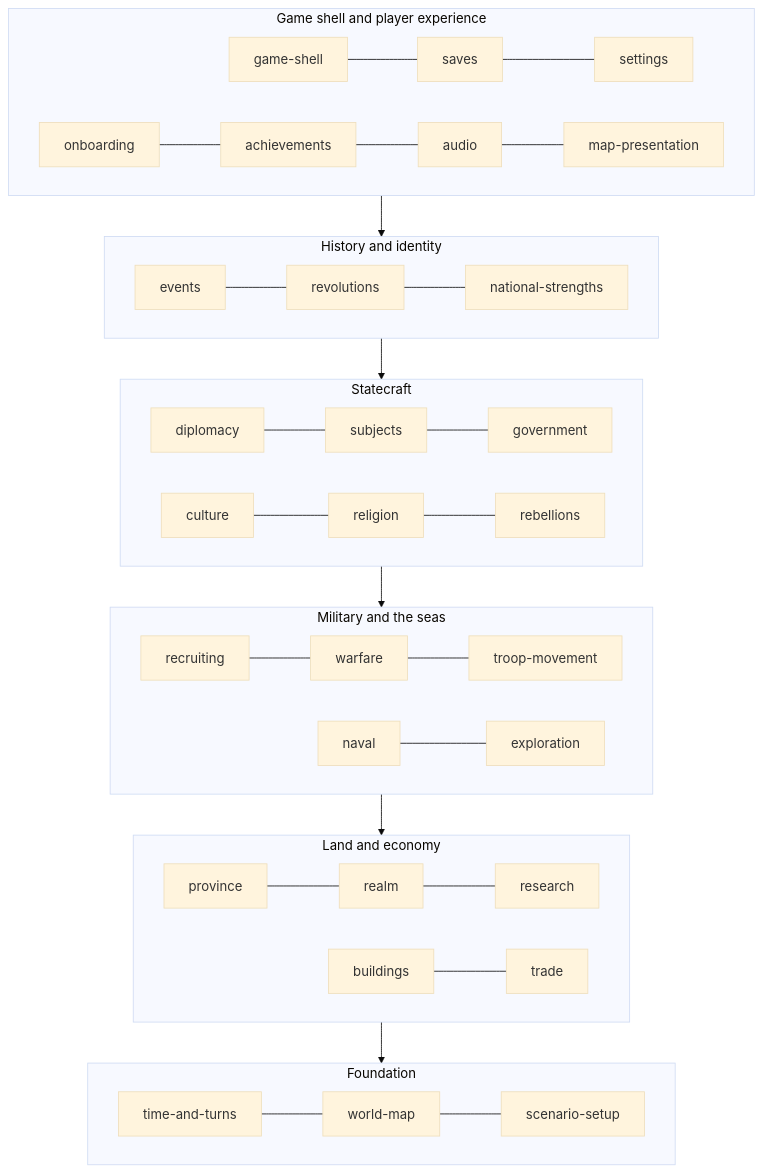
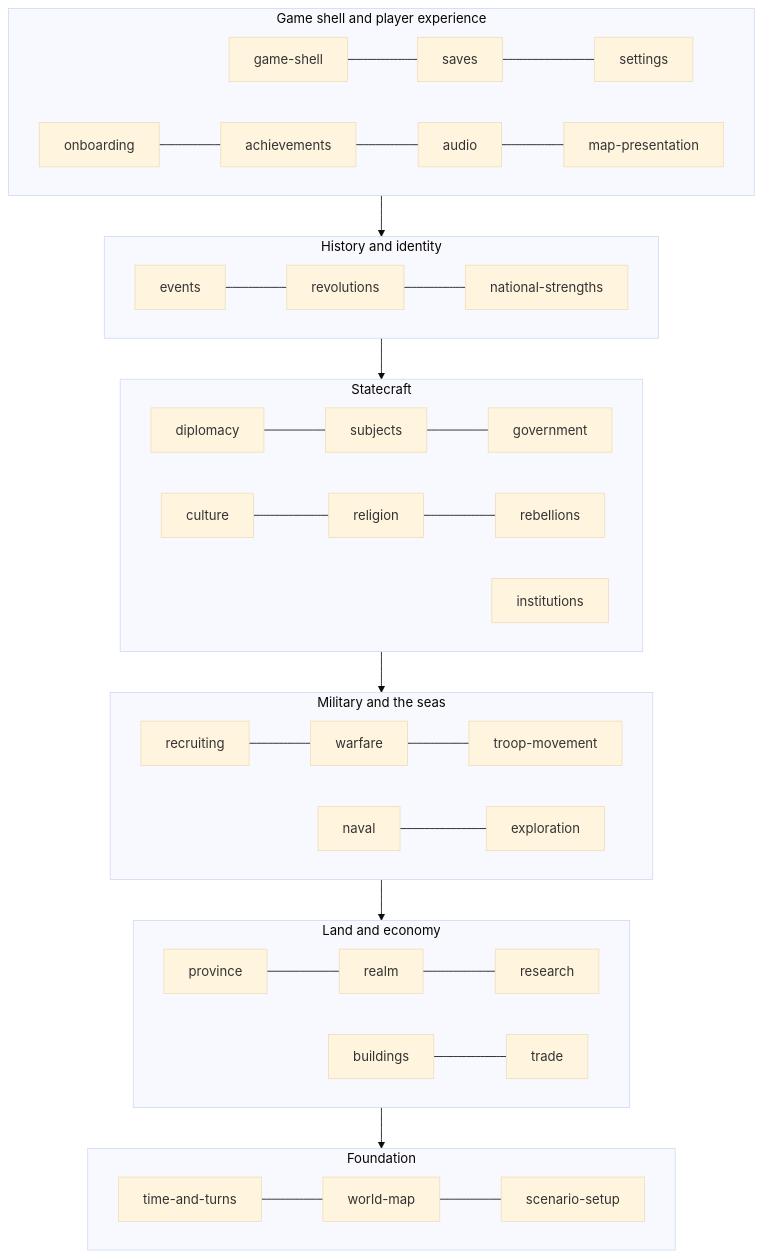
Before and after one commit to grrts/pocket-hedgemony: the diagram in domain/context-map.md, drawn with Mermaid (base theme). The commit also changed other lines of this file and 12 other files, not shown here.

````diff
--- a/domain/context-map.md
+++ b/domain/context-map.md
@@ -15,26 +15,27 @@
 ```mermaid
 flowchart TB
   subgraph Shell["Game shell and player experience"]
     SHELL[game-shell] --- SAVE[saves] --- SET[settings]
     TUT[onboarding] --- ACH[achievements] --- AUD[audio] --- VIEW[map-presentation]
   end
   subgraph History["History and identity"]
     EVT[events] --- REVO[revolutions] --- HER[national-strengths]
   end
   subgraph Statecraft["Statecraft"]
     DIPL[diplomacy] --- SUBJ[subjects] --- GOV[government]
     CULT[culture] --- RELG[religion] --- REBL[rebellions]
+    INST[institutions]
   end
   subgraph Military["Military and the seas"]
     RECR[recruiting] --- WAR[warfare] --- MOVE[troop-movement]
     NAVY[naval] --- EXPL[exploration]
   end
   subgraph Economy["Land and economy"]
     PROV[province] --- REALM[realm] --- RSCH[research]
     BLD[buildings] --- TRADE[trade]
   end
   subgraph Foundation["Foundation"]
     TIME[time-and-turns] --- MAP[world-map] --- SETUP[scenario-setup]
   end
   Shell --> History --> Statecraft --> Military --> Economy --> Foundation
 ```
````
